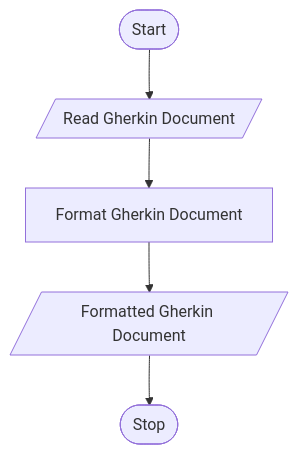
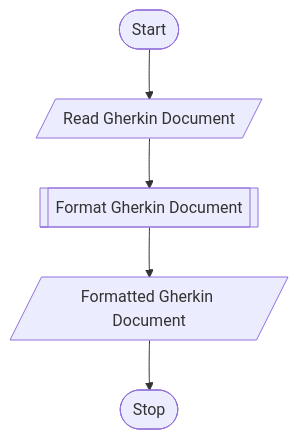
Before and after one commit to gherking/gherking-docs: the first of 15 diagrams in src/mermaid.md, drawn with Mermaid. The commit also changed other lines of this file, not shown here.

````diff
--- a/src/mermaid.md
+++ b/src/mermaid.md
@@ -7,8 +7,8 @@
 ```mermaid
 graph TD
 A1([Start]) 
 --> B1[/Read Gherkin Document/]
---> C1[Format Gherkin Document]
+--> C1[[Format Gherkin Document]]
 --> D1[/Formatted Gherkin Document/]
 --> E1([Stop])
 ```
````
